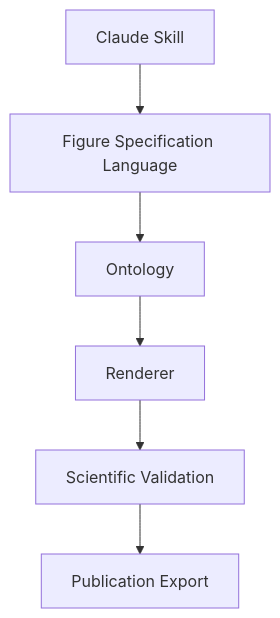
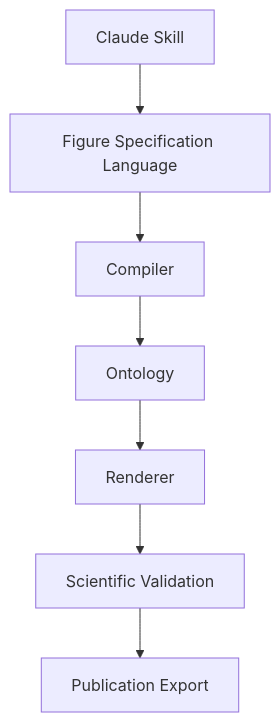
One commit to insight2017aquib/MedicinalChemistryFigureDesigner changed the first of 2 diagrams in README.md. Above: the diagram before and after it, drawn with Mermaid. The commit also changed other lines of this file and 13 other files, not shown here.

Commit message:
platform(v0.5): implement figure compilation engine

````diff
--- a/README.md
+++ b/README.md
@@ -59,8 +60,9 @@
 ```mermaid
 flowchart TD
     A[Claude Skill] --> B[Figure Specification Language]
-    B --> O[Ontology]
+    B --> C[Compiler]
+    C --> O[Ontology]
     O --> R[Renderer]
     R --> E[Scientific Validation]
     E --> F[Publication Export]
 ```
````
